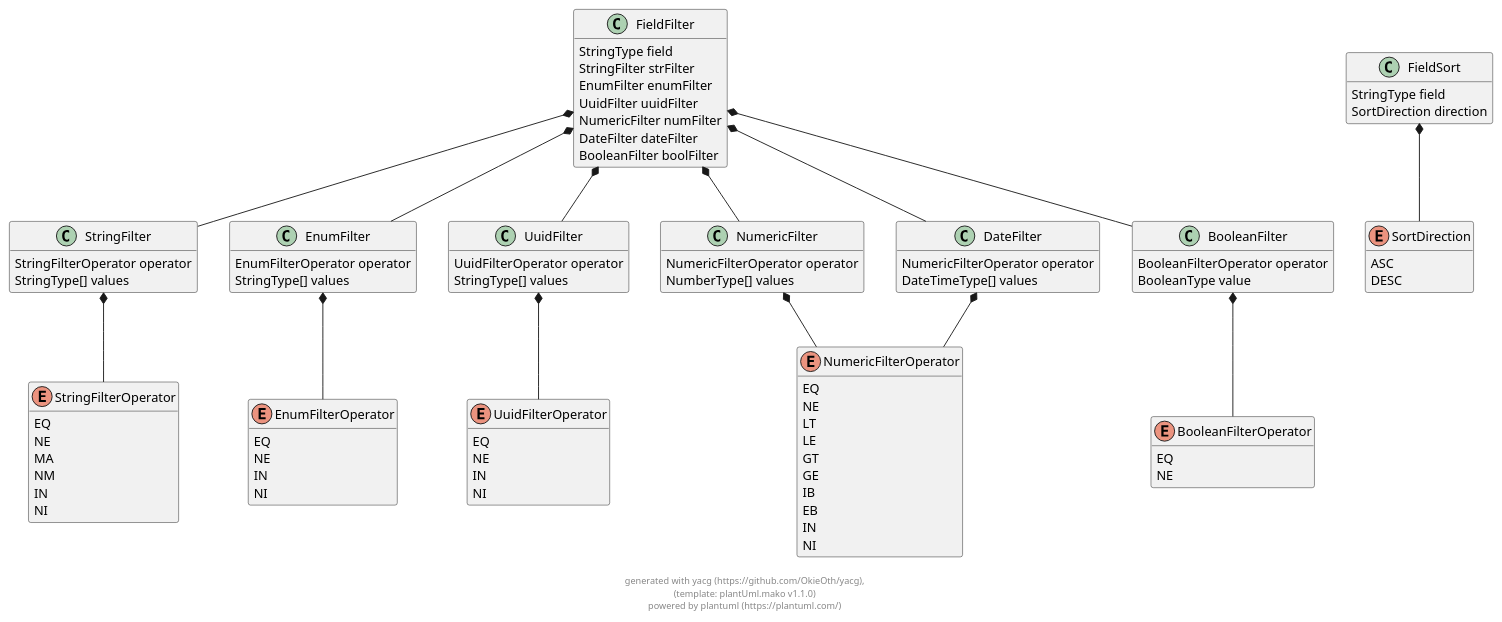
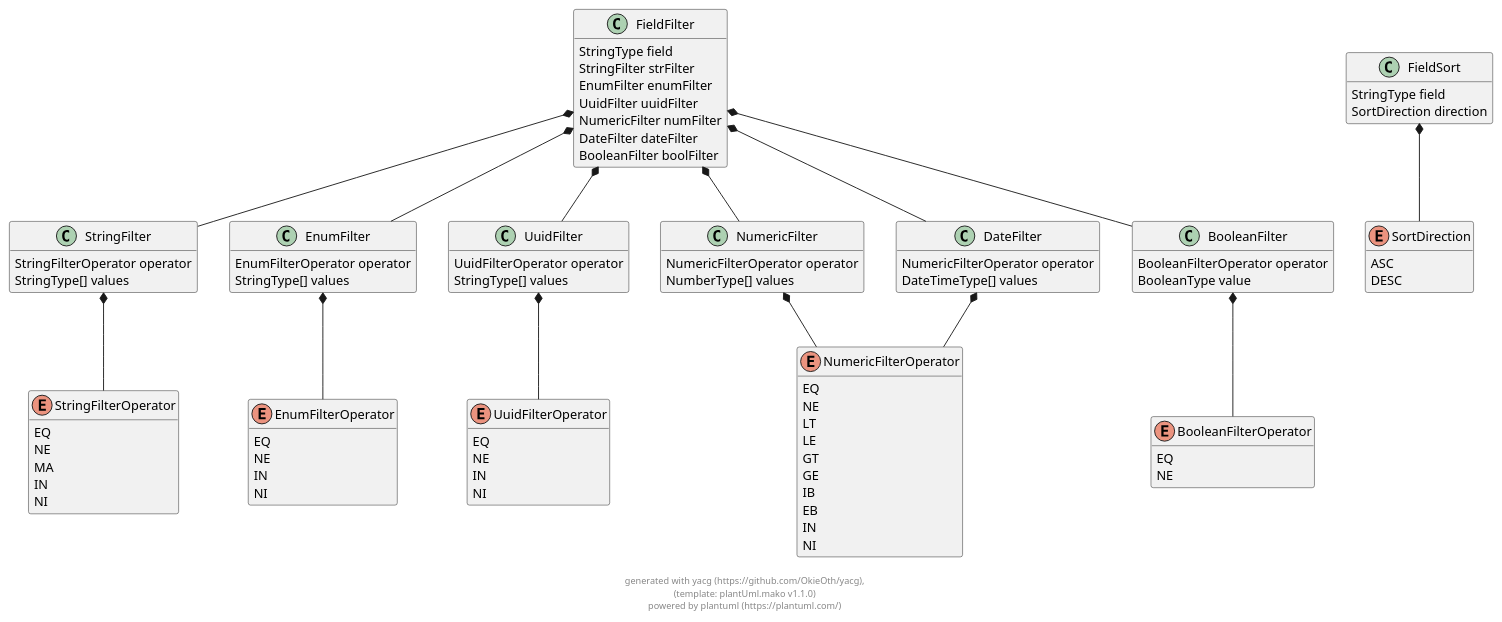
Before and after one commit to OkieOth/nibelheim_ts: the diagram in docs/generated/filter_types.puml, drawn with PlantUML. The commit also changed 2 other files, not shown here.

```diff
--- a/docs/generated/filter_types.puml
+++ b/docs/generated/filter_types.puml
@@ -2,173 +2,172 @@
 @startuml
 hide empty methods
 
 class FieldFilter {
         StringType field
         StringFilter strFilter
         EnumFilter enumFilter
         UuidFilter uuidFilter
         NumericFilter numFilter
         DateFilter dateFilter
         BooleanFilter boolFilter
 }
 
 
 class StringFilter {
         StringFilterOperator operator
         StringType[] values
 }
 
 
 class EnumFilter {
         EnumFilterOperator operator
         StringType[] values
 }
 
 
 class UuidFilter {
         UuidFilterOperator operator
         StringType[] values
 }
 
 
 class NumericFilter {
         NumericFilterOperator operator
         NumberType[] values
 }
 
 
 class DateFilter {
         NumericFilterOperator operator
         DateTimeType[] values
 }
 
 
 class BooleanFilter {
         BooleanFilterOperator operator
         BooleanType value
 }
 
 
 enum NumericFilterOperator {
     EQ
     NE
     LT
     LE
     GT
     GE
     IB
     EB
     IN
     NI
 }
 
 
 enum StringFilterOperator {
     EQ
     NE
     MA
-    NM
     IN
     NI
 }
 
 
 enum EnumFilterOperator {
     EQ
     NE
     IN
     NI
 }
 
 
 enum UuidFilterOperator {
     EQ
     NE
     IN
     NI
 }
 
 
 enum BooleanFilterOperator {
     EQ
     NE
 }
 
 
 enum SortDirection {
     ASC
     DESC
 }
 
 
 class FieldSort {
         StringType field
         SortDirection direction
 }
 
 
 
     
 
 FieldFilter  *--  StringFilter
             
 
 FieldFilter  *--  EnumFilter
             
 
 FieldFilter  *--  UuidFilter
             
 
 FieldFilter  *--  NumericFilter
             
 
 FieldFilter  *--  DateFilter
             
 
 FieldFilter  *--  BooleanFilter
             
 
     
 StringFilter  *--  StringFilterOperator
             
 
 
     
 EnumFilter  *--  EnumFilterOperator
             
 
 
     
 UuidFilter  *--  UuidFilterOperator
             
 
 
     
 NumericFilter  *--  NumericFilterOperator
             
 
 
     
 DateFilter  *--  NumericFilterOperator
             
 
 
     
 BooleanFilter  *--  BooleanFilterOperator
             
 
 
     
     
     
     
     
     
     
 
 FieldSort  *--  SortDirection
             
 
 
 footer \ngenerated with yacg (https://github.com/OkieOth/yacg),\n(template: plantUml.mako v1.1.0)\npowered by plantuml (https://plantuml.com/)
 @enduml
```
